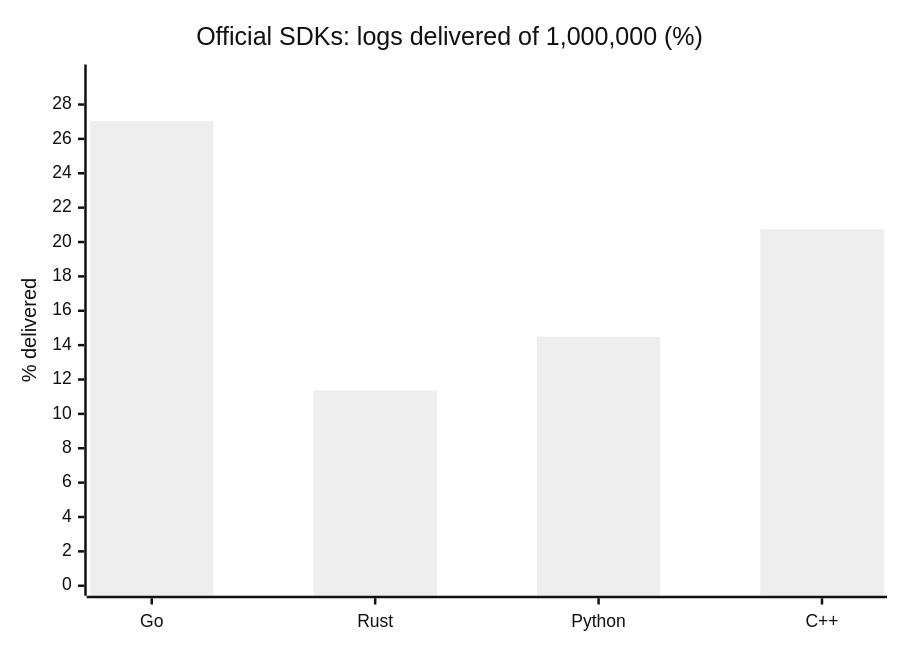
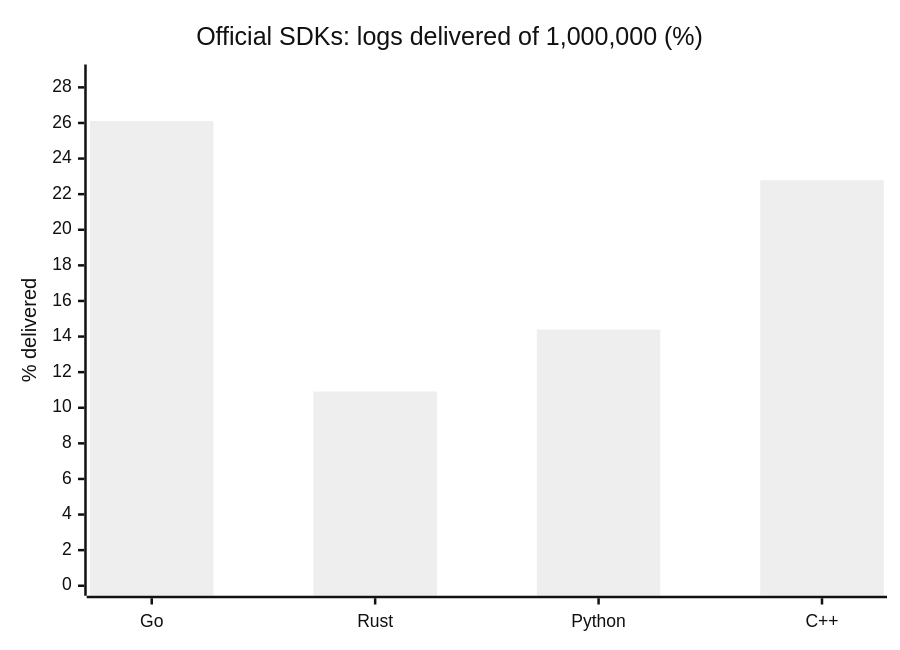
One commit to the-protobuf-project/telemetry changed the first of 24 diagrams in docs/benchmark.md. Above: the diagram before and after it, drawn with Mermaid (neutral theme). The commit also changed other lines of this file and 3 other files, not shown here.

````diff
--- a/docs/benchmark.md
+++ b/docs/benchmark.md
@@ -19,7 +19,7 @@
 ```mermaid
 xychart-beta
     title "Official SDKs: logs delivered of 1,000,000 (%)"
     x-axis ["Go", "Rust", "Python", "C++"]
-    y-axis "% delivered" 0 --> 29.7472
-    bar [27.0429, 11.3724, 14.4896, 20.7592]
+    y-axis "% delivered" 0 --> 28.7232
+    bar [26.112, 10.9113, 14.3872, 22.784]
 ```
````
